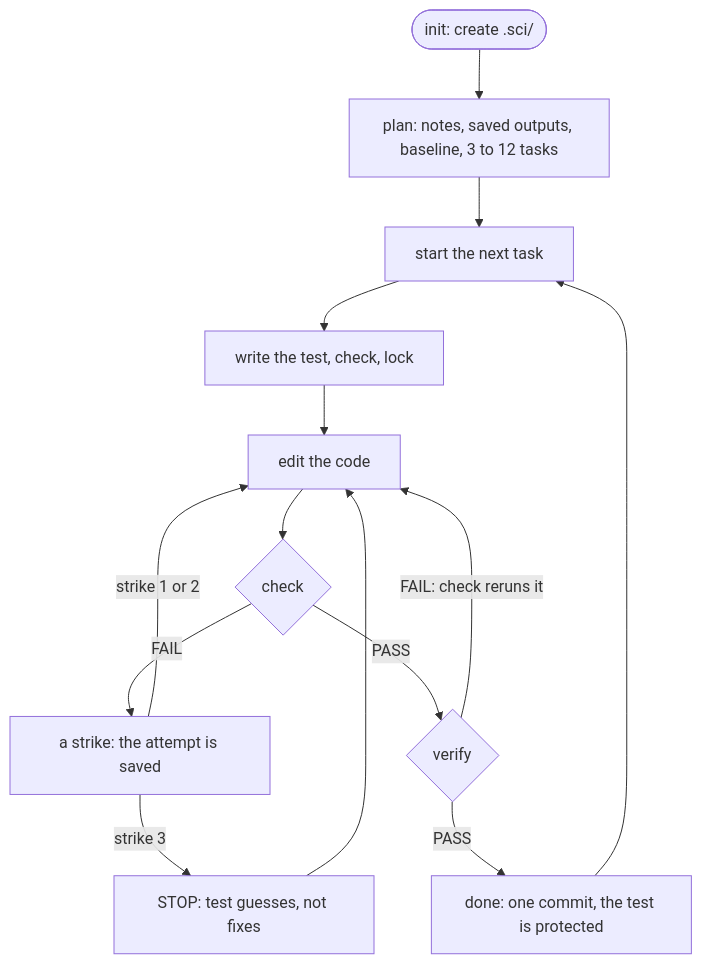
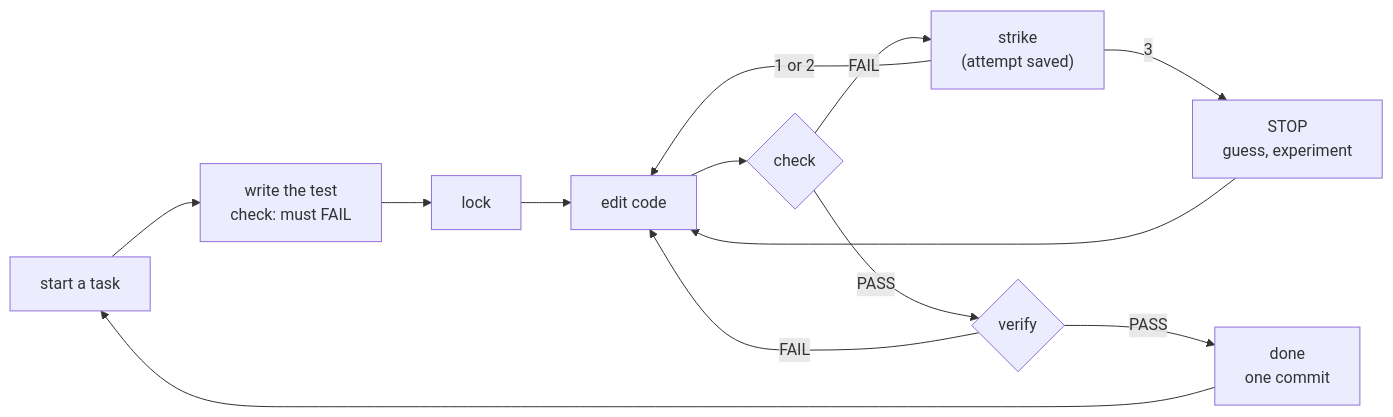
One commit to Nag681/sci-harness changed the diagram in README.md. Above: the diagram before and after it, drawn with Mermaid. The commit also changed other lines of this file and 8 other files, not shown here.

````diff
--- a/README.md
+++ b/README.md
@@ -404,16 +150,15 @@
 ```mermaid
-flowchart TD
-    A(["init: create .sci/"]) --> B["plan: notes, saved outputs, baseline, 3 to 12 tasks"]
-    B --> C["start the next task"]
-    C --> D["write the test, check, lock"]
-    D --> G["edit the code"]
-    G --> H{"check"}
-    H -- "FAIL" --> K["a strike: the attempt is saved"]
-    K -- "strike 1 or 2" --> G
-    K -- "strike 3" --> S["STOP: test guesses, not fixes"]
-    S --> G
-    H -- "PASS" --> V{"verify"}
-    V -- "FAIL: check reruns it" --> G
-    V -- "PASS" --> Z["done: one commit, the test is protected"]
-    Z --> C
+flowchart LR
+    S["start a task"] --> T["write the test<br>check: must FAIL"]
+    T --> L["lock"]
+    L --> E["edit code"]
+    E --> C{"check"}
+    C -- "FAIL" --> K["strike<br>(attempt saved)"]
+    K -- "1 or 2" --> E
+    K -- "3" --> H["STOP<br>guess, experiment"]
+    H --> E
+    C -- "PASS" --> V{"verify"}
+    V -- "FAIL" --> E
+    V -- "PASS" --> D["done<br>one commit"]
+    D --> S
 ```
````
